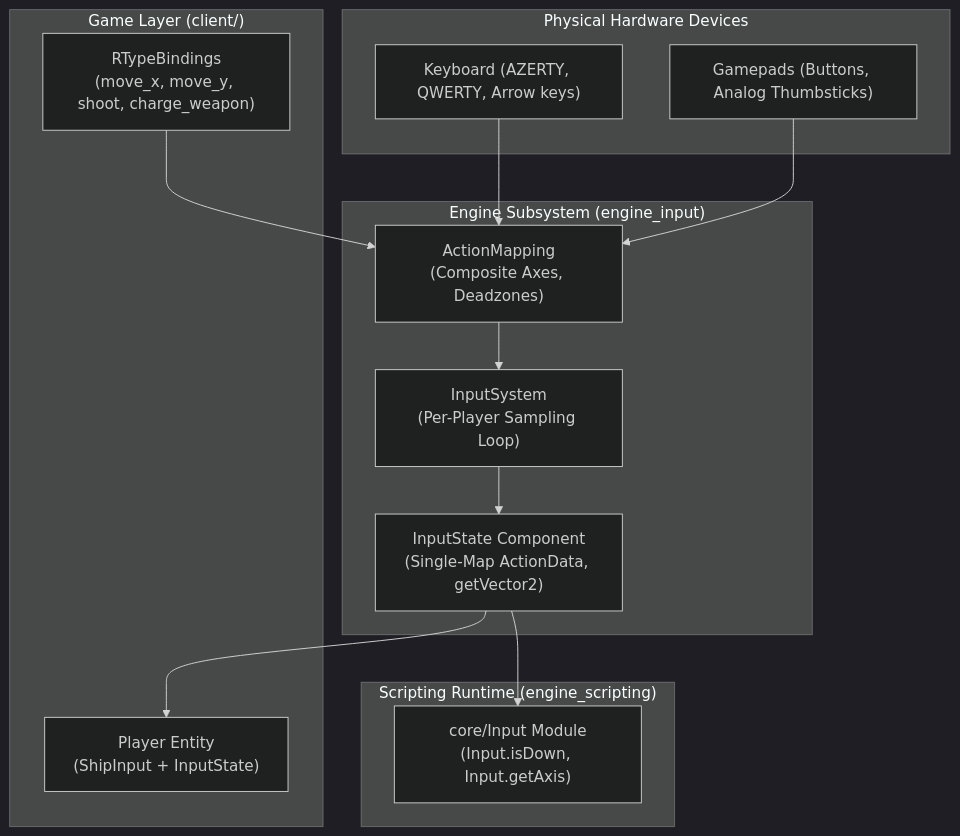
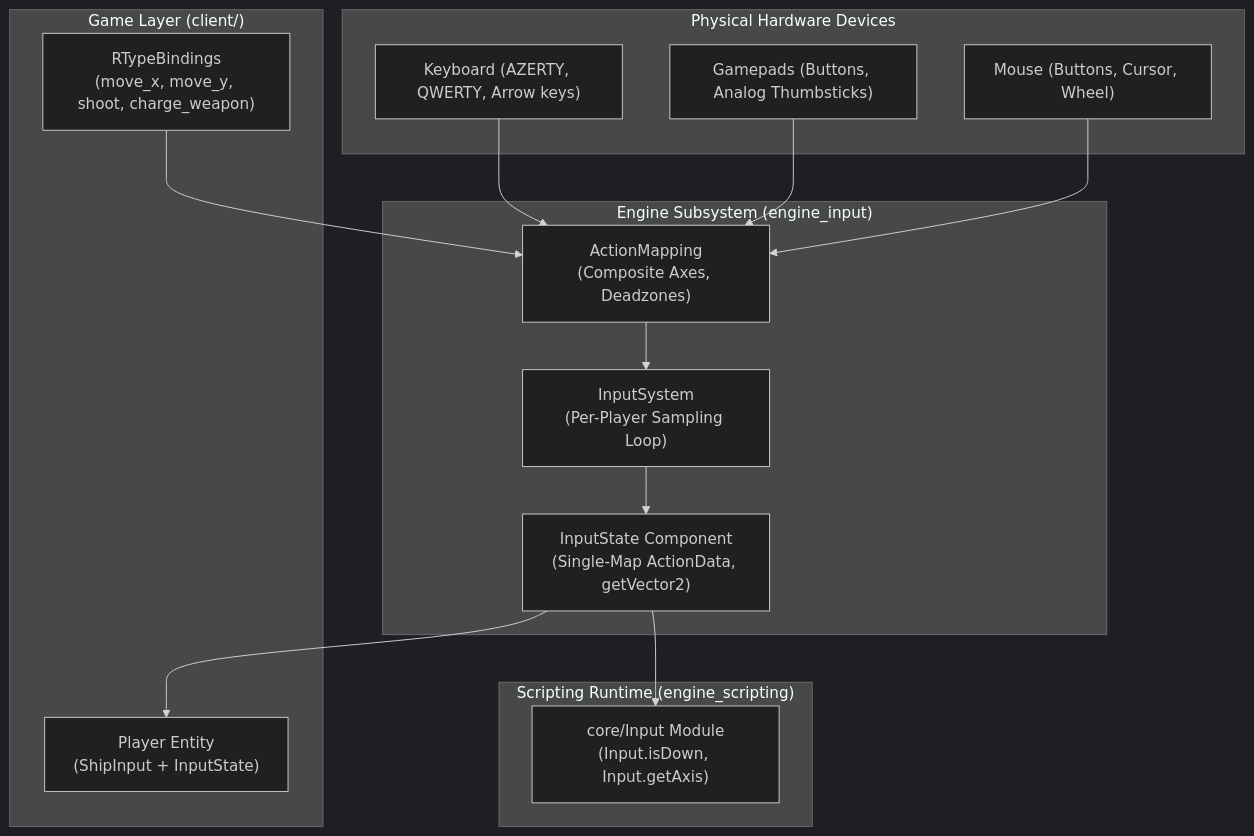
One commit to Matt4401/Mirror-Rtype changed the diagram in docs/architecture/input_system.md. Above: the diagram before and after it, drawn with Mermaid (dark theme). The commit also changed other lines of this file and 13 other files, not shown here.

````diff
--- a/docs/architecture/input_system.md
+++ b/docs/architecture/input_system.md
@@ -16,30 +16,32 @@
 ```mermaid
 flowchart TD
     subgraph Hardware["Physical Hardware Devices"]
         KB["Keyboard (AZERTY, QWERTY, Arrow keys)"]
         GP["Gamepads (Buttons, Analog Thumbsticks)"]
+        MS["Mouse (Buttons, Cursor, Wheel)"]
     end
 
     subgraph ClientLayer["Game Layer (client/)"]
         Bindings["RTypeBindings\n(move_x, move_y, shoot, charge_weapon)"]
         Ship["Player Entity\n(ShipInput + InputState)"]
     end
 
     subgraph EngineLayer["Engine Subsystem (engine_input)"]
         AM["ActionMapping\n(Composite Axes, Deadzones)"]
         IS["InputSystem\n(Per-Player Sampling Loop)"]
         State["InputState Component\n(Single-Map ActionData, getVector2)"]
     end
 
     subgraph ScriptLayer["Scripting Runtime (engine_scripting)"]
         Wren["core/Input Module\n(Input.isDown, Input.getAxis)"]
     end
 
     KB --> AM
     GP --> AM
+    MS --> AM
     Bindings --> AM
     AM --> IS
     IS --> State
     State --> Ship
     State --> Wren
 ```
````
